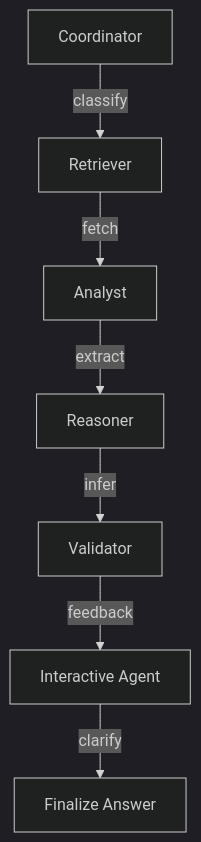
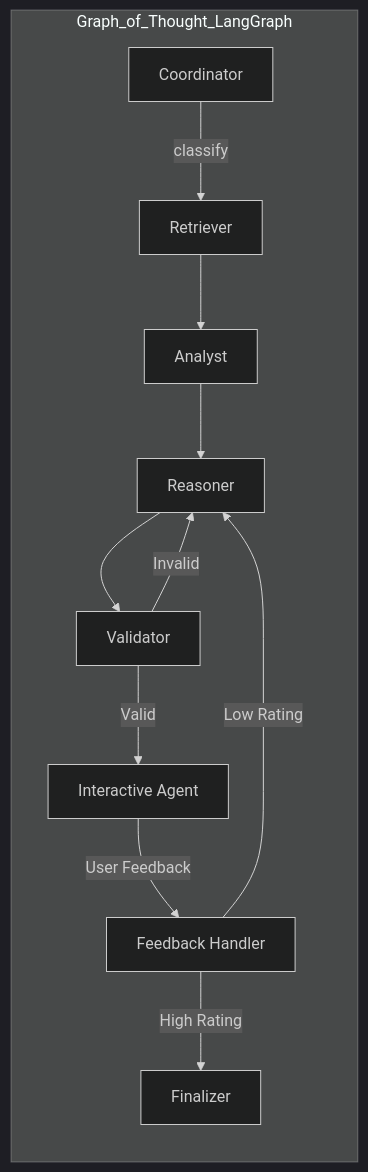
Before and after one commit to deepaksaipendyala/ActiveRAG-Next: the diagram in readme.md, drawn with Mermaid (dark theme). The commit also changed other lines of this file and 12 other files, not shown here.

Commit message:
V3 - Improved Knowledge graph and Feedback

````diff
--- a/readme.md
+++ b/readme.md
@@ -25,9 +25,15 @@
 ```mermaid
-graph TD;
+graph LR
+  subgraph Graph_of_Thought_LangGraph
     A[Coordinator] -->|classify| B[Retriever]
-    B -->|fetch| C[Analyst]
-    C -->|extract| D[Reasoner]
-    D -->|infer| E[Validator]
-    E -->|feedback| F[Interactive Agent]
-    F -->|clarify| G[Finalize Answer]
+    B --> C[Analyst]
+    C --> D[Reasoner]
+    D --> E[Validator]
+    E -->|Valid| F[Interactive Agent]
+    E -->|Invalid| D
+    F -->|User Feedback| G[Feedback Handler]
+    G -->|Low Rating| D
+    G -->|High Rating| H[Finalizer]
+  end
+
 ```
````
